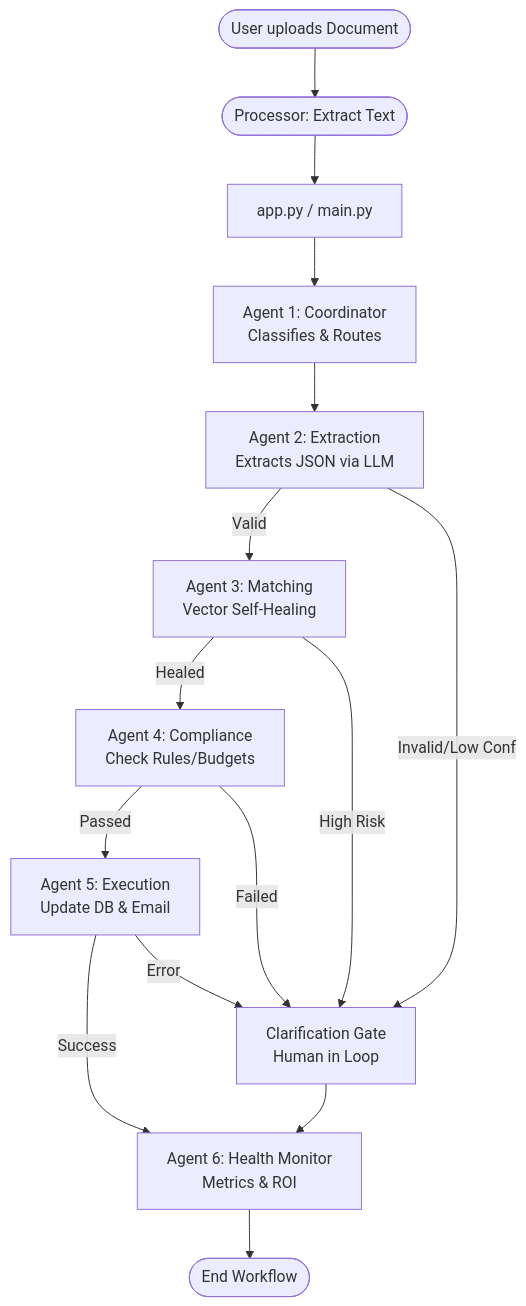
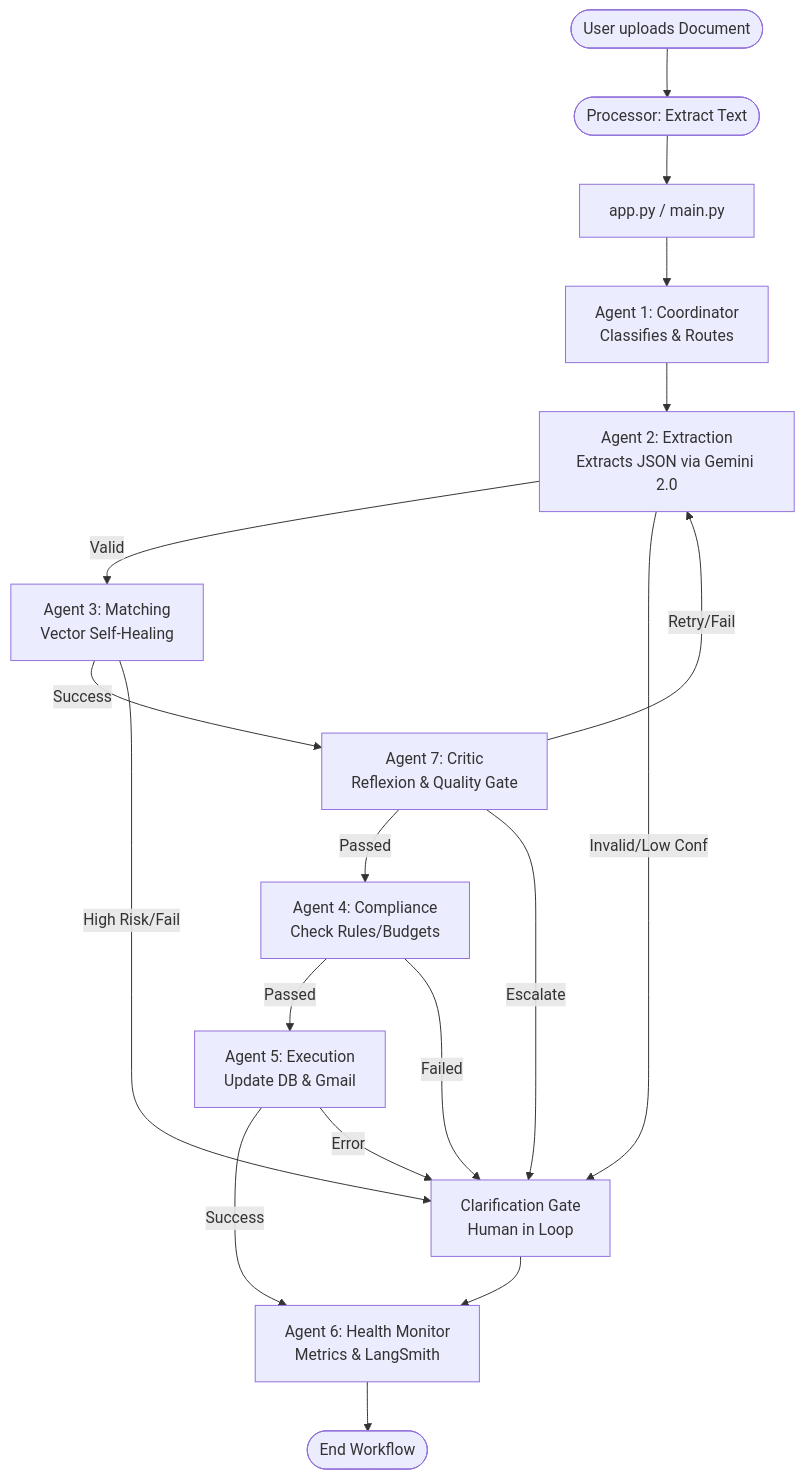
Before and after one commit to Umed23/ET_VerifAI: the first of 12 diagrams in README.md, drawn with Mermaid. The commit also changed other lines of this file and 17 other files, not shown here.

Commit message:
Final Hackathon Updates: Implemented fully robust 7-agent orchestration with self-healing fallback systems, cleaned workspace, and refined execution instructions (including LangServe API deployment).

````diff
--- a/README.md
+++ b/README.md
@@ -22,17 +22,20 @@
 ```mermaid
 graph TD
     User([User uploads Document]) --> Ext([Processor: Extract Text])
     Ext --> App[app.py / main.py]
     App --> A1[Agent 1: Coordinator<br>Classifies & Routes]
-    A1 --> A2[Agent 2: Extraction<br>Extracts JSON via LLM]
+    A1 --> A2[Agent 2: Extraction<br>Extracts JSON via Gemini 2.0]
     A2 -- Valid --> A3[Agent 3: Matching<br>Vector Self-Healing]
     A2 -- Invalid/Low Conf --> CG[Clarification Gate<br>Human in Loop]
-    A3 -- Healed --> A4[Agent 4: Compliance<br>Check Rules/Budgets]
-    A3 -- High Risk --> CG
-    A4 -- Passed --> A5[Agent 5: Execution<br>Update DB & Email]
+    A3 -- Success --> A7[Agent 7: Critic<br>Reflexion & Quality Gate]
+    A3 -- High Risk/Fail --> CG
+    A7 -- Retry/Fail --> A2
+    A7 -- Passed --> A4[Agent 4: Compliance<br>Check Rules/Budgets]
+    A7 -- Escalate --> CG
+    A4 -- Passed --> A5[Agent 5: Execution<br>Update DB & Gmail]
     A4 -- Failed --> CG
-    A5 -- Success --> A6[Agent 6: Health Monitor<br>Metrics & ROI]
+    A5 -- Success --> A6[Agent 6: Health Monitor<br>Metrics & LangSmith]
     A5 -- Error --> CG
     CG --> A6
     A6 --> End([End Workflow])
 ```
````
